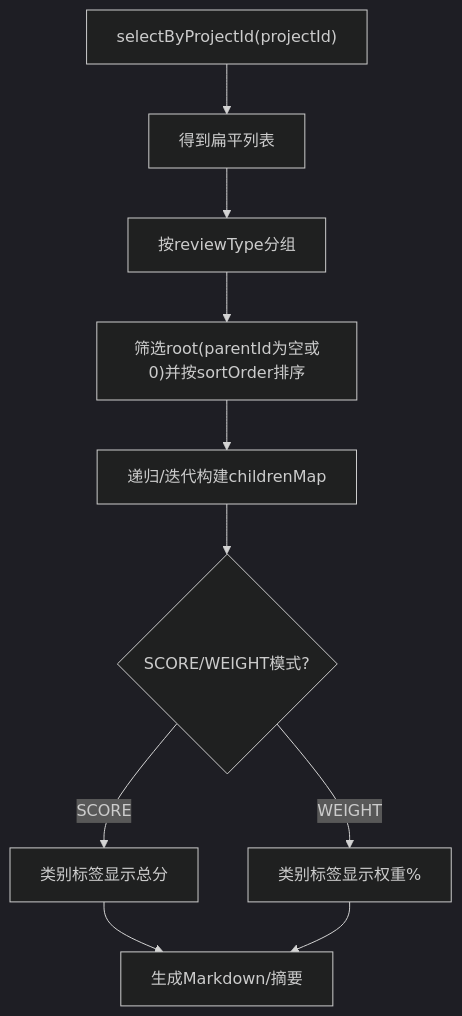
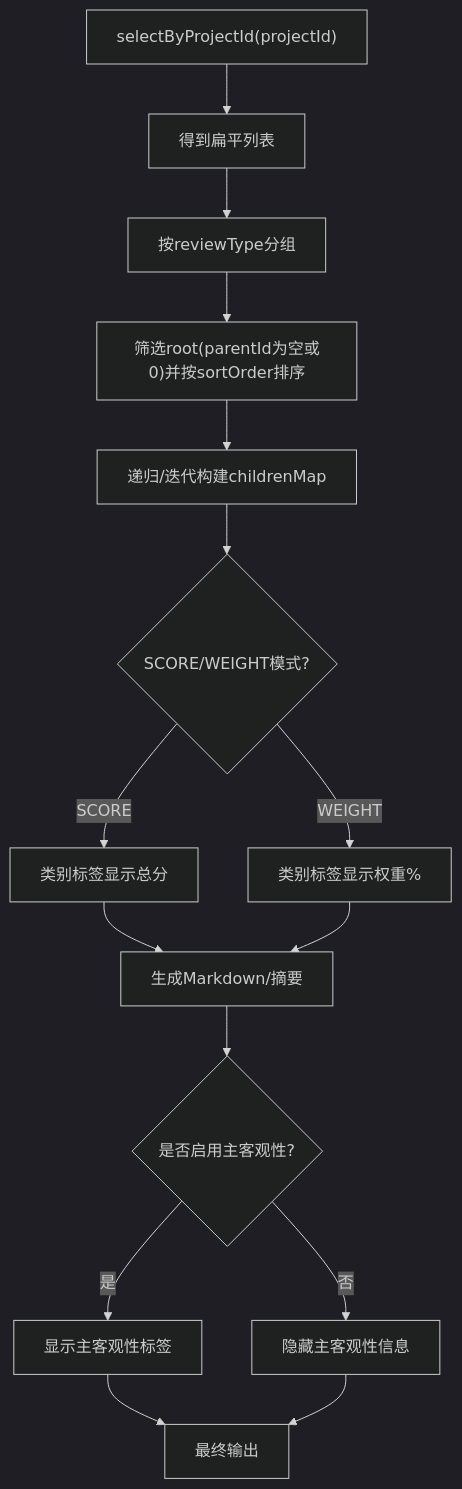
One commit to DrunkFood/First changed the sixth of 8 diagrams in .qoder/repowiki/zh/content/数据库设计/核心业务数据模型/评审项实体(TbProjectReviewItem).md. Above: the diagram before and after it, drawn with Mermaid (dark theme). The commit also changed other lines of this file and 70 other files, not shown here.

````diff
--- a/.qoder/repowiki/zh/content/数据库设计/核心业务数据模型/评审项实体(TbProjectReviewItem).md
+++ b/.qoder/repowiki/zh/content/数据库设计/核心业务数据模型/评审项实体(TbProjectReviewItem).md
@@ -290,12 +345,17 @@
 ```mermaid
 flowchart TD
 Q["selectByProjectId(projectId)"] --> Flat["得到扁平列表"]
 Flat --> Group["按reviewType分组"]
 Group --> Roots["筛选root(parentId为空或0)并按sortOrder排序"]
 Roots --> Build["递归/迭代构建childrenMap"]
 Build --> Mode{"SCORE/WEIGHT模式?"}
 Mode --> |SCORE| LabelS["类别标签显示总分"]
 Mode --> |WEIGHT| LabelW["类别标签显示权重%"]
 LabelS --> Output["生成Markdown/摘要"]
 LabelW --> Output
+Output --> Subjectivity{"是否启用主客观性?"}
+Subjectivity --> |是| ShowType["显示主客观性标签"]
+Subjectivity --> |否| HideType["隐藏主客观性信息"]
+ShowType --> Final["最终输出"]
+HideType --> Final
 ```
````
